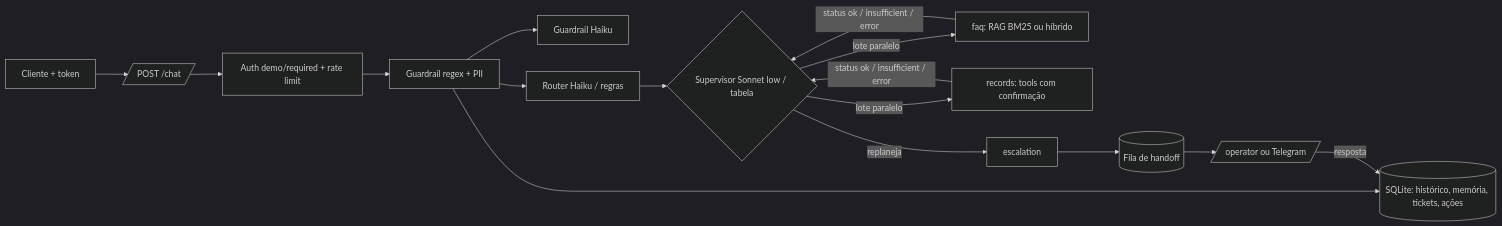
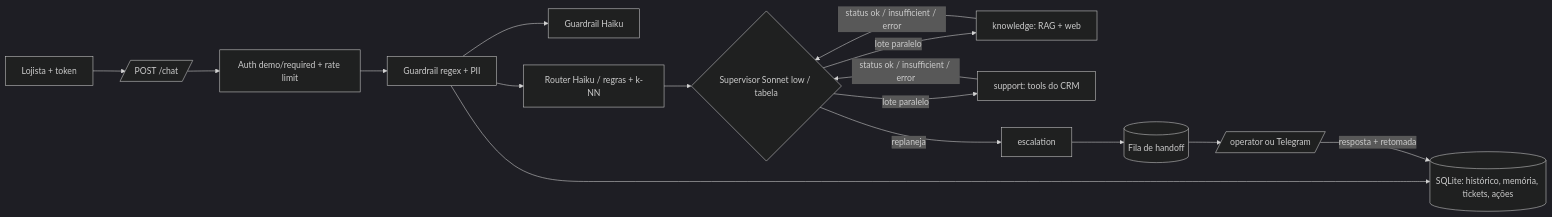
Before and after one commit to maathmartins-ux/getnet-support-agents: the diagram in README.md, drawn with Mermaid (dark theme). The commit also changed other lines of this file, not shown here.

Commit message:
fork d: esqueleto do README (rodar, arquitetura, fluxo, RAG, LLM, MCP, decisões, limitações)

````diff
--- a/README.md
+++ b/README.md
@@ -34,10 +84,10 @@
 ```mermaid
 flowchart LR
-  U[Cliente + token] --> API[/POST /chat/] --> RL[Auth demo/required + rate limit] --> G1[Guardrail regex + PII]
-  G1 --> G2[Guardrail Haiku] & R[Router Haiku / regras]
+  U[Lojista + token] --> API[/POST /chat/] --> RL[Auth demo/required + rate limit] --> G1[Guardrail regex + PII]
+  G1 --> G2[Guardrail Haiku] & R[Router Haiku / regras + k-NN]
   G1 --> M[(SQLite: histórico, memória, tickets, ações)]
   R --> S{Supervisor Sonnet low / tabela}
-  S -->|lote paralelo| A1[faq: RAG BM25 ou híbrido] & A2[records: tools com confirmação]
+  S -->|lote paralelo| A1[knowledge: RAG + web] & A2[support: tools do CRM]
   A1 & A2 -->|status ok / insufficient / error| S
-  S -->|replaneja| E[escalation] --> Q[(Fila de handoff)] --> OP[/operator ou Telegram/] -->|resposta| M
+  S -->|replaneja| E[escalation] --> Q[(Fila de handoff)] --> OP[/operator ou Telegram/] -->|resposta + retomada| M
 ```
````
